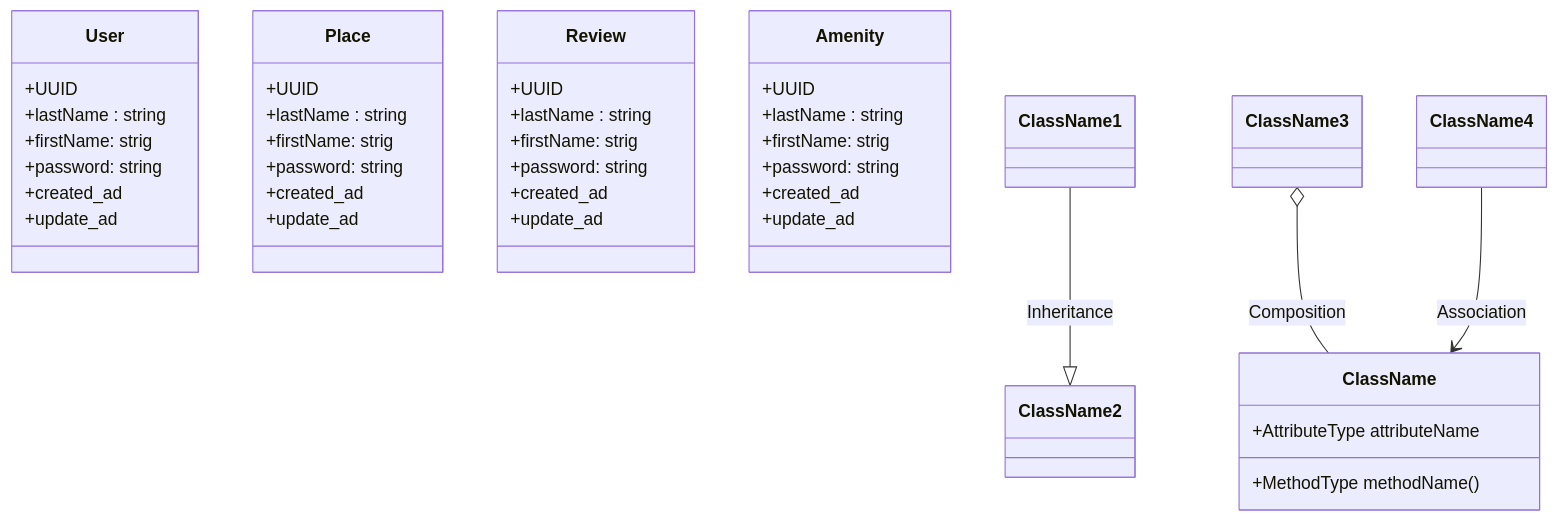
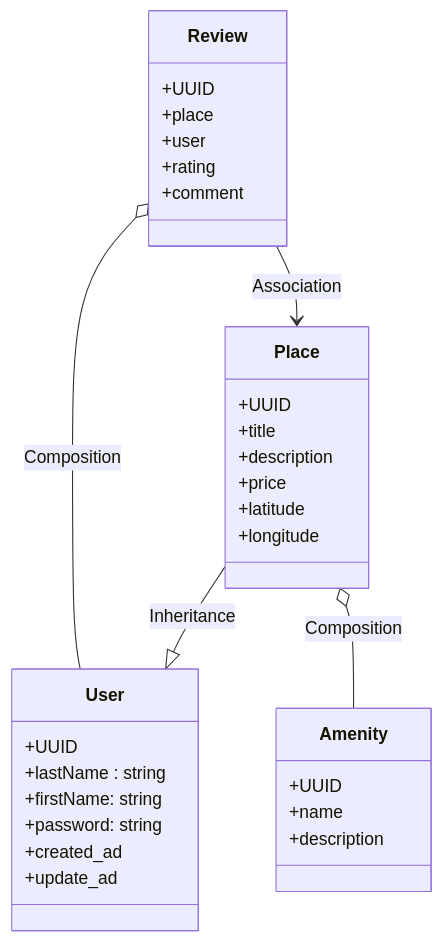
Before and after one commit to Nordine000/holbertonschool-hbnb: the diagram in part1/Task1/Datailed_class_Diagram.mmd, drawn with Mermaid.

```diff
--- a/part1/Task1/Datailed_class_Diagram.mmd
+++ b/part1/Task1/Datailed_class_Diagram.mmd
@@ -1,41 +1,33 @@
 classDiagram
 class User {
     +UUID
     +lastName : string
-    +firstName: strig
+    +firstName: string
     +password: string
     +created_ad
     +update_ad
 }
 class Place {
     +UUID
-    +lastName : string
-    +firstName: strig
-    +password: string
-    +created_ad
-    +update_ad
+    +title
+    +description
+    +price
+    +latitude
+    +longitude
 }
 class Review {
     +UUID
-    +lastName : string
-    +firstName: strig
-    +password: string
-    +created_ad
-    +update_ad
+    +place
+    +user
+    +rating
+    +comment
 }
 class Amenity {
     +UUID
-    +lastName : string
-    +firstName: strig
-    +password: string
-    +created_ad
-    +update_ad
+    +name
+    +description
 }
-
-class ClassName {
-    +AttributeType attributeName
-    +MethodType methodName()
-}
-ClassName1 --|> ClassName2 : Inheritance
-ClassName3 o-- ClassName : Composition
-ClassName4 --> ClassName : Association
+Place --|> User : Inheritance
+Review o-- User : Composition
+Review --> Place : Association
+Place o-- Amenity : Composition
```
